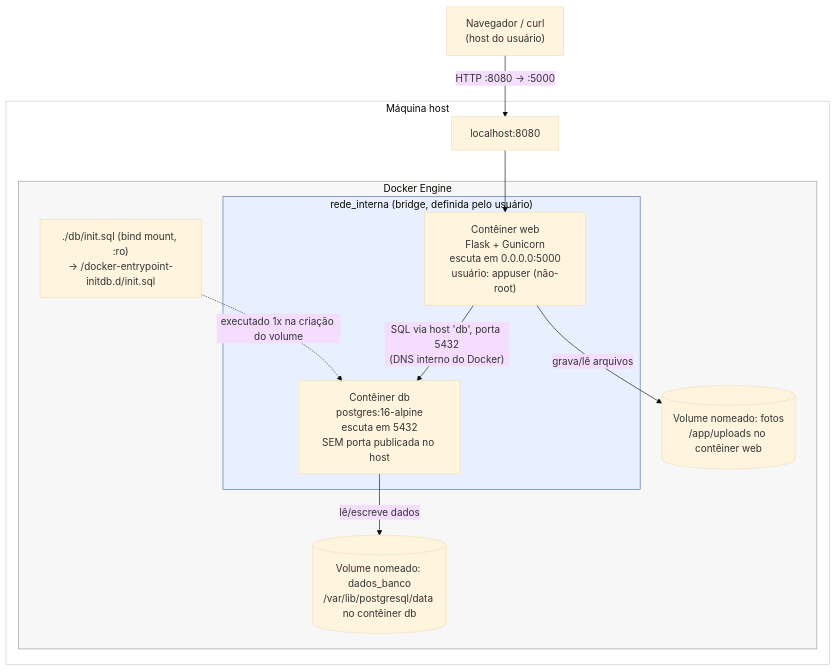
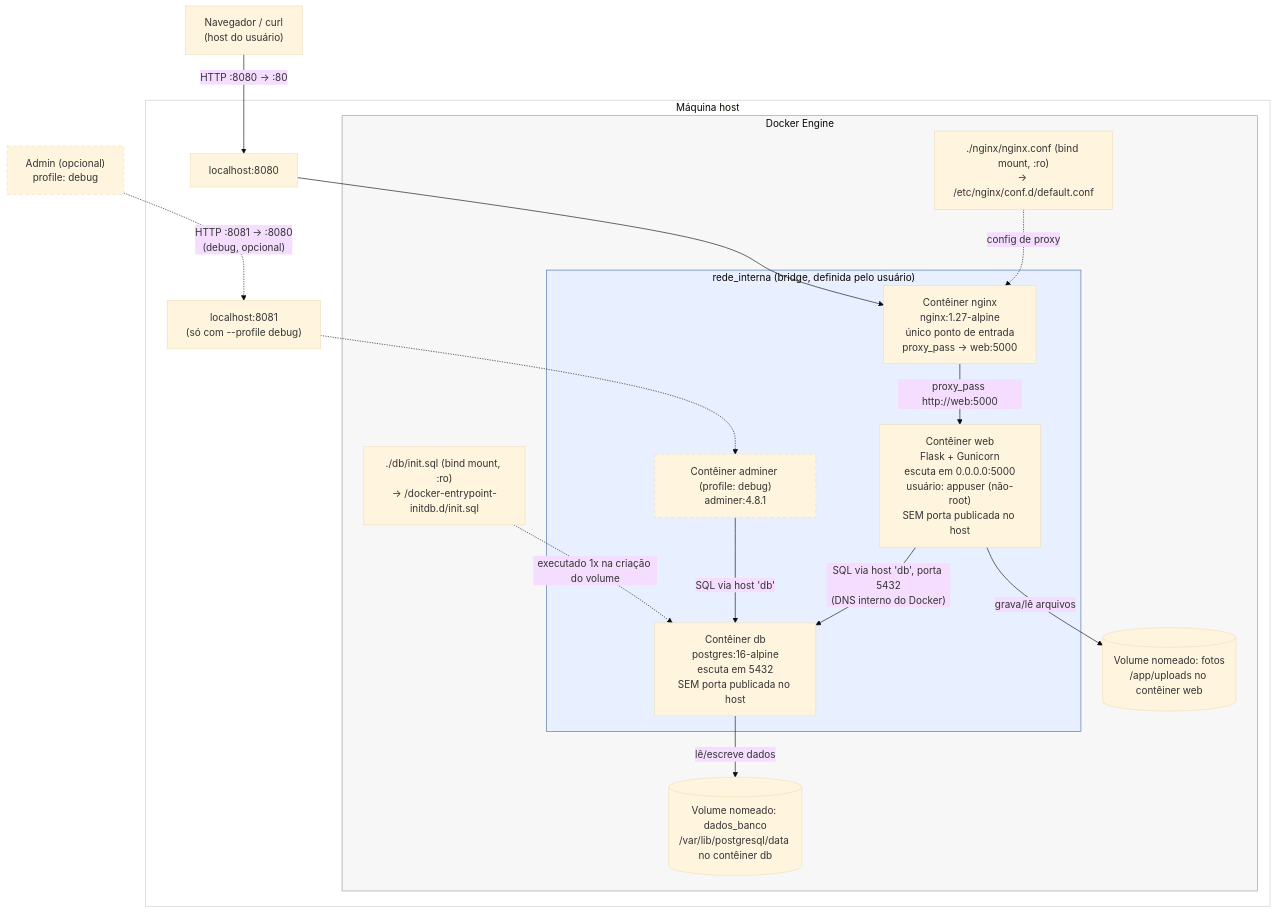
Before and after one commit to italoglhrm/comp-nuvem-achados-perdidos: the diagram in docs/arquitetura.md, drawn with Mermaid (base theme). The commit also changed other lines of this file and 24 other files, not shown here.

First line of the commit message:
feat: desafios bonus - proxy reverso, backup/restauracao de volume, adminer (+1,0 pt)

````diff
--- a/docs/arquitetura.md
+++ b/docs/arquitetura.md
@@ -5,31 +8,43 @@
 ```mermaid
 flowchart TB
     USER["Navegador / curl<br/>(host do usuário)"]
+    ADMIN["Admin (opcional)<br/>profile: debug"]
 
     subgraph HOST["Máquina host"]
         PORT["localhost:8080"]
+        PORTADM["localhost:8081<br/>(só com --profile debug)"]
 
         subgraph DOCKER["Docker Engine"]
             subgraph NET["rede_interna (bridge, definida pelo usuário)"]
-                WEB["Contêiner web<br/>Flask + Gunicorn<br/>escuta em 0.0.0.0:5000<br/>usuário: appuser (não-root)"]
+                NGINX["Contêiner nginx<br/>nginx:1.27-alpine<br/>único ponto de entrada<br/>proxy_pass → web:5000"]
+                WEB["Contêiner web<br/>Flask + Gunicorn<br/>escuta em 0.0.0.0:5000<br/>usuário: appuser (não-root)<br/>SEM porta publicada no host"]
                 DB["Contêiner db<br/>postgres:16-alpine<br/>escuta em 5432<br/>SEM porta publicada no host"]
+                ADMINER["Contêiner adminer (profile: debug)<br/>adminer:4.8.1"]
+                NGINX -- "proxy_pass http://web:5000" --> WEB
                 WEB -- "SQL via host 'db', porta 5432<br/>(DNS interno do Docker)" --> DB
+                ADMINER -- "SQL via host 'db'" --> DB
             end
 
             VOLFOTOS[("Volume nomeado: fotos<br/>/app/uploads no contêiner web")]
             VOLBANCO[("Volume nomeado: dados_banco<br/>/var/lib/postgresql/data no contêiner db")]
             INITSQL["./db/init.sql (bind mount, :ro)<br/>→ /docker-entrypoint-initdb.d/init.sql"]
+            NGINXCONF["./nginx/nginx.conf (bind mount, :ro)<br/>→ /etc/nginx/conf.d/default.conf"]
 
             WEB -- "grava/lê arquivos" --> VOLFOTOS
             DB -- "lê/escreve dados" --> VOLBANCO
             INITSQL -. "executado 1x na criação do volume" .-> DB
+            NGINXCONF -. "config de proxy" .-> NGINX
         end
     end
 
-    USER -- "HTTP :8080 → :5000" --> PORT
-    PORT --> WEB
+    USER -- "HTTP :8080 → :80" --> PORT
+    PORT --> NGINX
+    ADMIN -. "HTTP :8081 → :8080<br/>(debug, opcional)" .-> PORTADM
+    PORTADM -.-> ADMINER
 
     style NET fill:#e8f0ff,stroke:#4a6fa5
     style DOCKER fill:#f7f7f7,stroke:#999
     style HOST fill:#ffffff,stroke:#ccc
+    style ADMINER stroke-dasharray: 5 5
+    style ADMIN stroke-dasharray: 5 5
 ```
````
